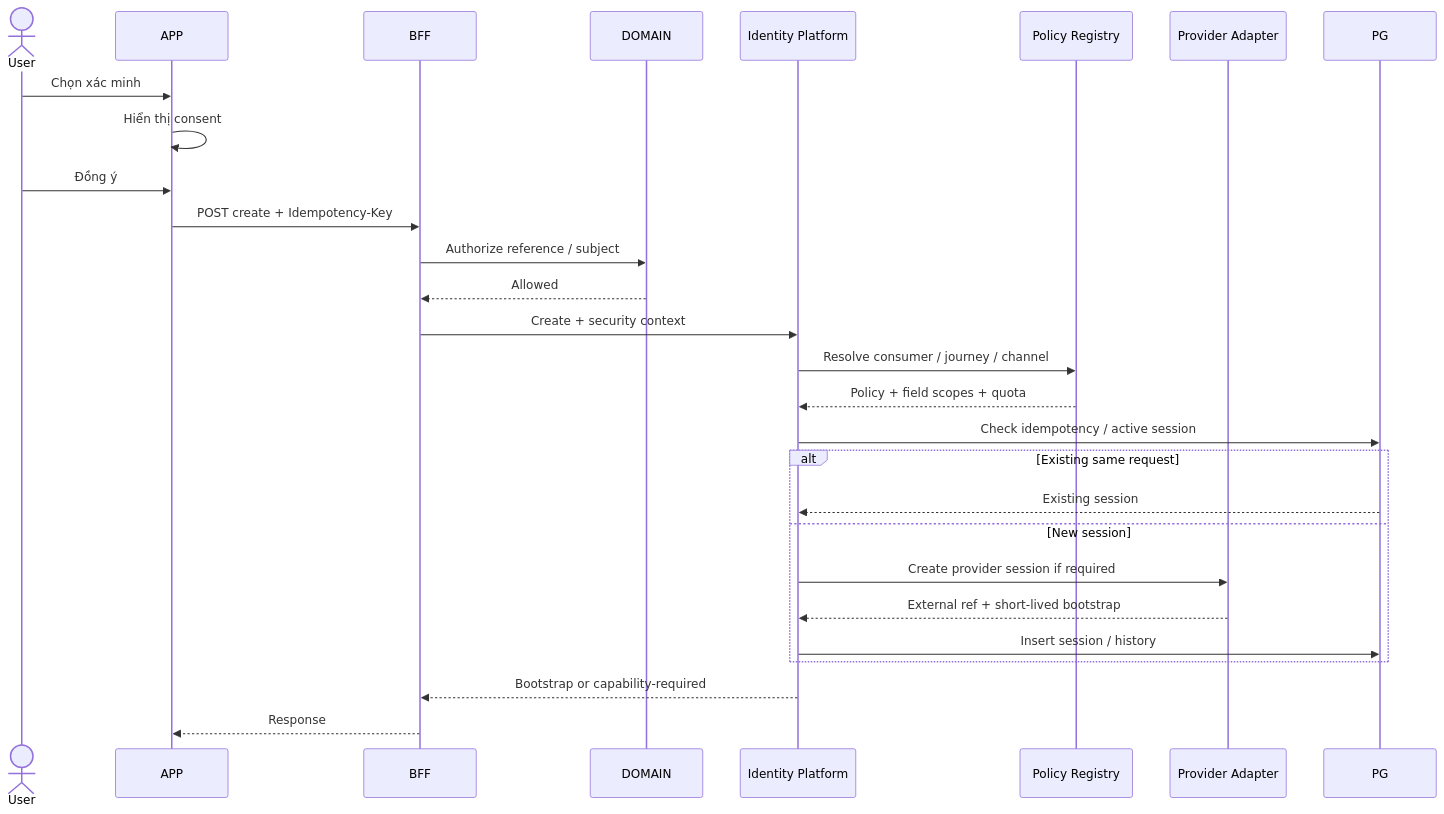
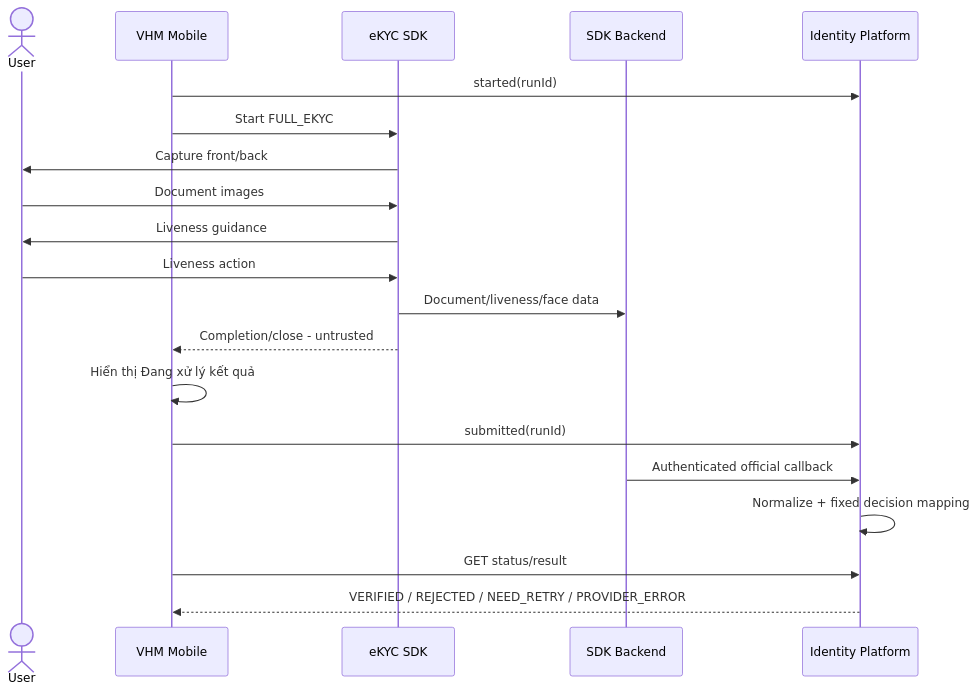
One commit to huynv-xyz/vhm changed diagram 16 of 24 in tdd2.md. Above: the diagram before and after it, drawn with Mermaid. The commit also changed other lines of this file, not shown here.

````diff
--- a/tdd2.md
+++ b/tdd2.md
@@ -1526,30 +1549,22 @@
 ```mermaid
 sequenceDiagram
     actor User
-    participant APP
-    participant BFF
-    participant DOMAIN
+    participant APP as VHM Mobile
+    participant SDK as eKYC SDK
+    participant BACKEND as SDK Backend
     participant IV as Identity Platform
-    participant POLICY as Policy Registry
-    participant ADAPTER as Provider Adapter
-    participant PG
-    User->>APP: Chọn xác minh
-    APP->>APP: Hiển thị consent
-    User->>APP: Đồng ý
-    APP->>BFF: POST create + Idempotency-Key
-    BFF->>DOMAIN: Authorize reference / subject
-    DOMAIN-->>BFF: Allowed
-    BFF->>IV: Create + security context
-    IV->>POLICY: Resolve consumer / journey / channel
-    POLICY-->>IV: Policy + field scopes + quota
-    IV->>PG: Check idempotency / active session
-    alt Existing same request
-        PG-->>IV: Existing session
-    else New session
-        IV->>ADAPTER: Create provider session if required
-        ADAPTER-->>IV: External ref + short-lived bootstrap
-        IV->>PG: Insert session / history
-    end
-    IV-->>BFF: Bootstrap or capability-required
-    BFF-->>APP: Response
+    APP->>IV: started(runId)
+    APP->>SDK: Start FULL_EKYC
+    SDK->>User: Capture front/back
+    User->>SDK: Document images
+    SDK->>User: Liveness guidance
+    User->>SDK: Liveness action
+    SDK->>BACKEND: Document/liveness/face data
+    SDK-->>APP: Completion/close - untrusted
+    APP->>APP: Hiển thị Đang xử lý kết quả
+    APP->>IV: submitted(runId)
+    BACKEND->>IV: Authenticated official callback
+    IV->>IV: Normalize + fixed decision mapping
+    APP->>IV: GET status/result
+    IV-->>APP: VERIFIED / REJECTED / NEED_RETRY / PROVIDER_ERROR
 ```
````
